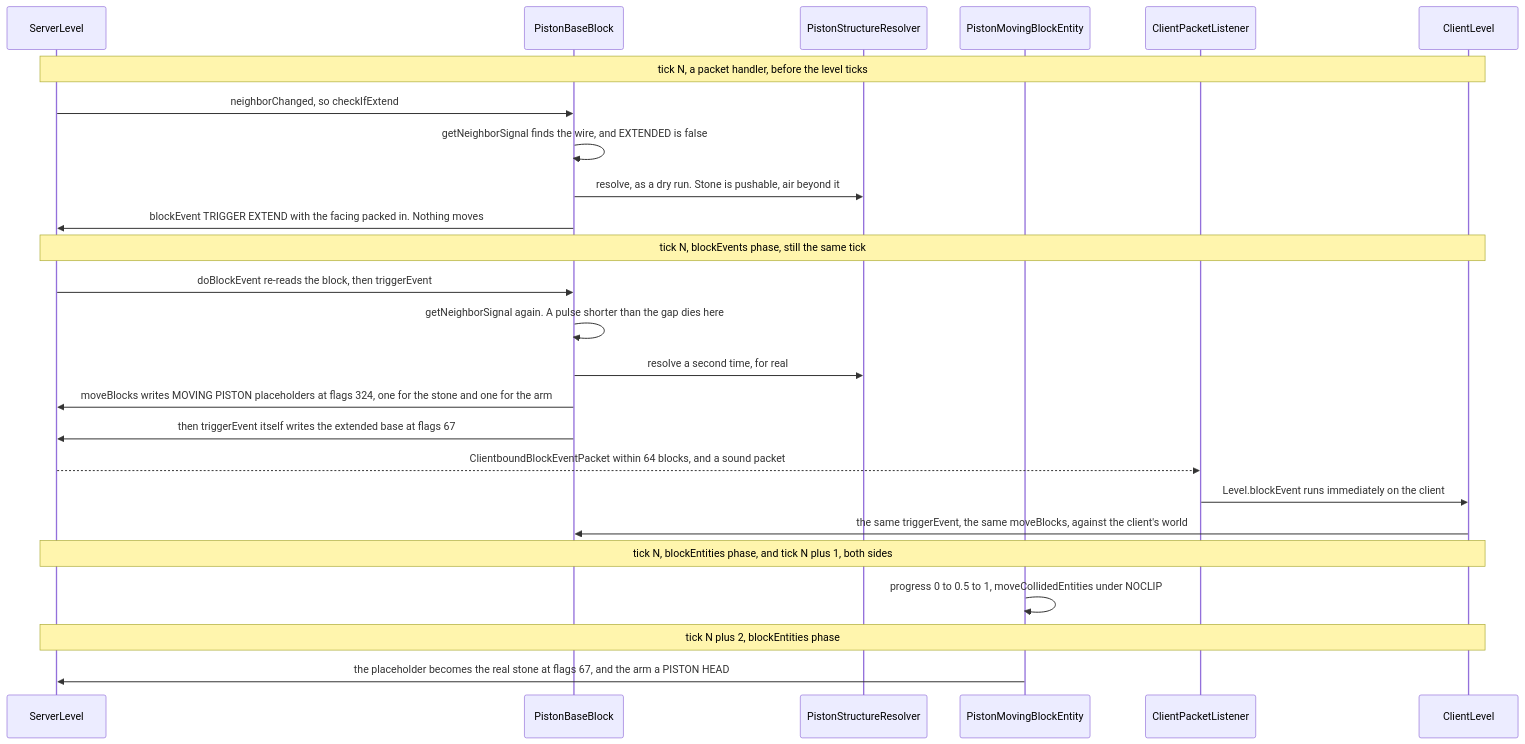
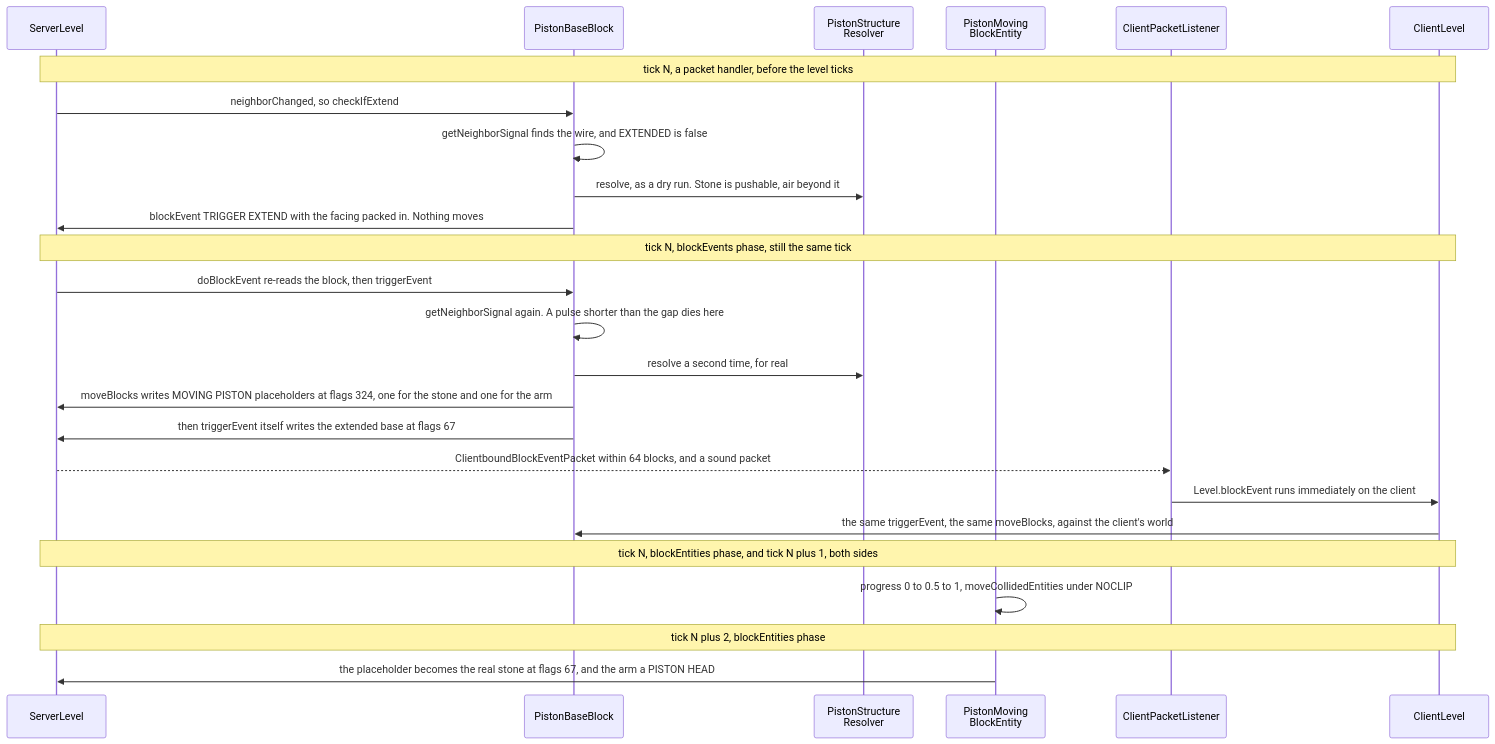
The diagram in src/systems/blocks/pistons-and-block-events.md (AlexanderjFraser/MinecraftDocs), drawn with Mermaid before and after one commit. The commit also changed 68 other files, not shown here.

````diff
--- a/src/systems/blocks/pistons-and-block-events.md
+++ b/src/systems/blocks/pistons-and-block-events.md
@@ -104,27 +104,27 @@
 ```mermaid
 sequenceDiagram
     participant SL as ServerLevel
     participant PBB as PistonBaseBlock
-    participant PSR as PistonStructureResolver
-    participant PMBE as PistonMovingBlockEntity
+    participant PSR as PistonStructure<br/>Resolver
+    participant PMBE as PistonMoving<br/>BlockEntity
     participant CPL as ClientPacketListener
     participant CL as ClientLevel
     Note over SL,CL: tick N, a packet handler, before the level ticks
     SL->>PBB: neighborChanged, so checkIfExtend
     PBB->>PBB: getNeighborSignal finds the wire, and EXTENDED is false
     PBB->>PSR: resolve, as a dry run. Stone is pushable, air beyond it
     PBB->>SL: blockEvent TRIGGER EXTEND with the facing packed in. Nothing moves
     Note over SL,CL: tick N, blockEvents phase, still the same tick
     SL->>PBB: doBlockEvent re-reads the block, then triggerEvent
     PBB->>PBB: getNeighborSignal again. A pulse shorter than the gap dies here
     PBB->>PSR: resolve a second time, for real
     PBB->>SL: moveBlocks writes MOVING PISTON placeholders at flags 324, one for the stone and one for the arm
     PBB->>SL: then triggerEvent itself writes the extended base at flags 67
     SL-->>CPL: ClientboundBlockEventPacket within 64 blocks, and a sound packet
     CPL->>CL: Level.blockEvent runs immediately on the client
     CL->>PBB: the same triggerEvent, the same moveBlocks, against the client's world
     Note over SL,CL: tick N, blockEntities phase, and tick N plus 1, both sides
     PMBE->>PMBE: progress 0 to 0.5 to 1, moveCollidedEntities under NOCLIP
     Note over SL,CL: tick N plus 2, blockEntities phase
     PMBE->>SL: the placeholder becomes the real stone at flags 67, and the arm a PISTON HEAD
 ```
````
